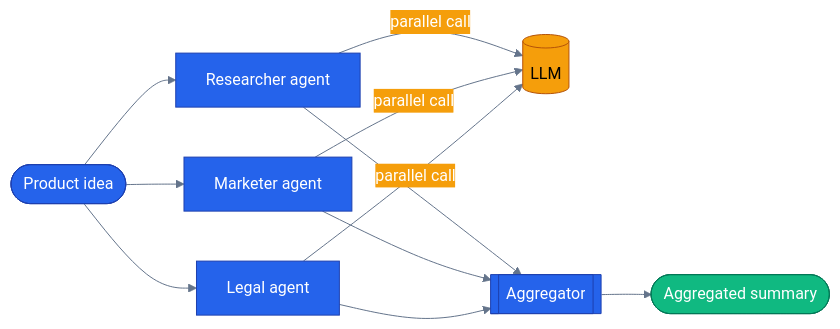
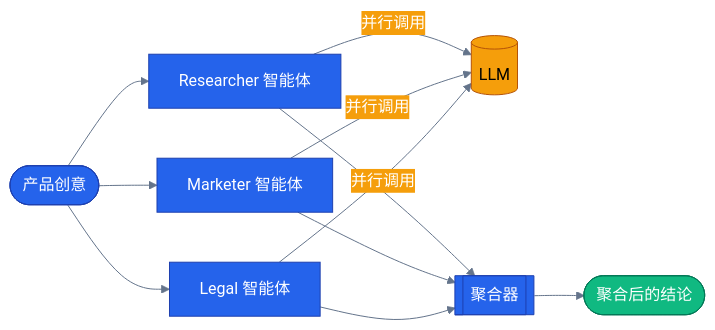
The diagram in tutorials/13-concurrent-orchestration/README.md (s1encisi/reliable-commerce-agents), drawn with Mermaid before and after one commit. The commit also changed other lines of this file and 1033 other files, not shown here.

````diff
--- a/tutorials/13-concurrent-orchestration/README.md
+++ b/tutorials/13-concurrent-orchestration/README.md
@@ -27,36 +31,36 @@
 ```mermaid
 %%{init: {'theme':'base', 'themeVariables': {
   'primaryColor': '#2563eb','primaryTextColor': '#ffffff','primaryBorderColor': '#1e40af',
   'lineColor': '#64748b','secondaryColor': '#f59e0b','tertiaryColor': '#10b981',
   'background': 'transparent'}}}%%
 flowchart LR
   classDef core     fill:#2563eb,stroke:#1e40af,color:#ffffff
   classDef external fill:#f59e0b,stroke:#b45309,color:#000000
   classDef success  fill:#10b981,stroke:#047857,color:#ffffff
 
-  idea([Product idea])
-  researcher[Researcher agent]
-  marketer[Marketer agent]
-  legal[Legal agent]
+  idea([产品创意])
+  researcher[Researcher 智能体]
+  marketer[Marketer 智能体]
+  legal[Legal 智能体]
   llm[(LLM)]
-  aggregator[[Aggregator]]
-  summary([Aggregated summary])
+  aggregator[[聚合器]]
+  summary([聚合后的结论])
 
   idea --> researcher
   idea --> marketer
   idea --> legal
-  researcher -- "parallel call" --> llm
-  marketer -- "parallel call" --> llm
-  legal -- "parallel call" --> llm
+  researcher -- "并行调用" --> llm
+  marketer -- "并行调用" --> llm
+  legal -- "并行调用" --> llm
   researcher --> aggregator
   marketer --> aggregator
   legal --> aggregator
   aggregator --> summary
 
   class researcher core
   class marketer core
   class legal core
   class llm external
   class aggregator core
   class summary success
 ```
````
